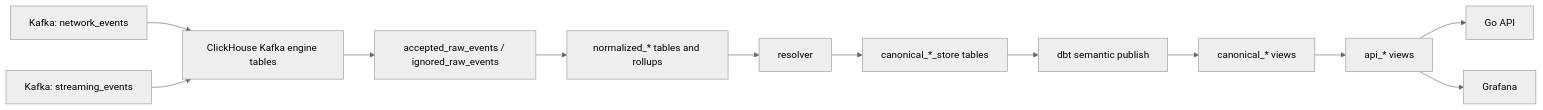
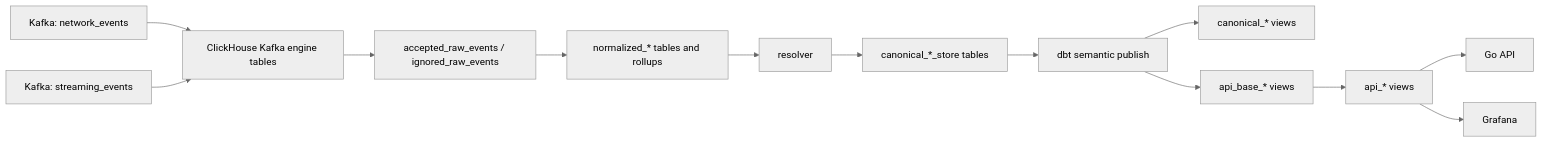
Before and after one commit to Cloud-SPE/livepeer-naap-analytics: the first of 4 diagrams in docs/design-docs/system-visuals.md, drawn with Mermaid (neutral theme). The commit also changed other lines of this file and 55 other files, not shown here.

````diff
--- a/docs/design-docs/system-visuals.md
+++ b/docs/design-docs/system-visuals.md
@@ -9,27 +9,29 @@
 ```mermaid
 flowchart LR
     K1[Kafka: network_events]
     K2[Kafka: streaming_events]
     CHK[ClickHouse Kafka engine tables]
     RAW[accepted_raw_events / ignored_raw_events]
     NORM[normalized_* tables and rollups]
     RES[resolver]
     CSTORE[canonical_*_store tables]
     DBT[dbt semantic publish]
     CVIEW[canonical_* views]
+    ABASE[api_base_* views]
     AVIEW[api_* views]
     API[Go API]
     GRAF[Grafana]
 
     K1 --> CHK
     K2 --> CHK
     CHK --> RAW
     RAW --> NORM
     NORM --> RES
     RES --> CSTORE
     CSTORE --> DBT
     DBT --> CVIEW
-    CVIEW --> AVIEW
+    DBT --> ABASE
+    ABASE --> AVIEW
     AVIEW --> API
     AVIEW --> GRAF
 ```
````
